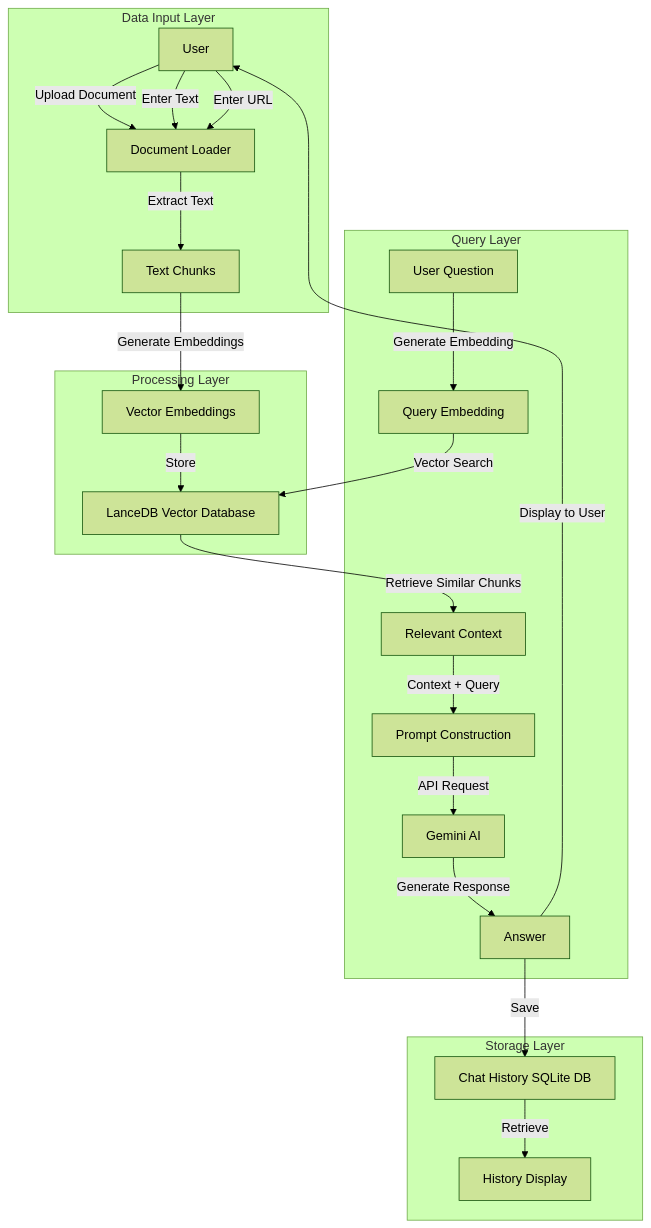
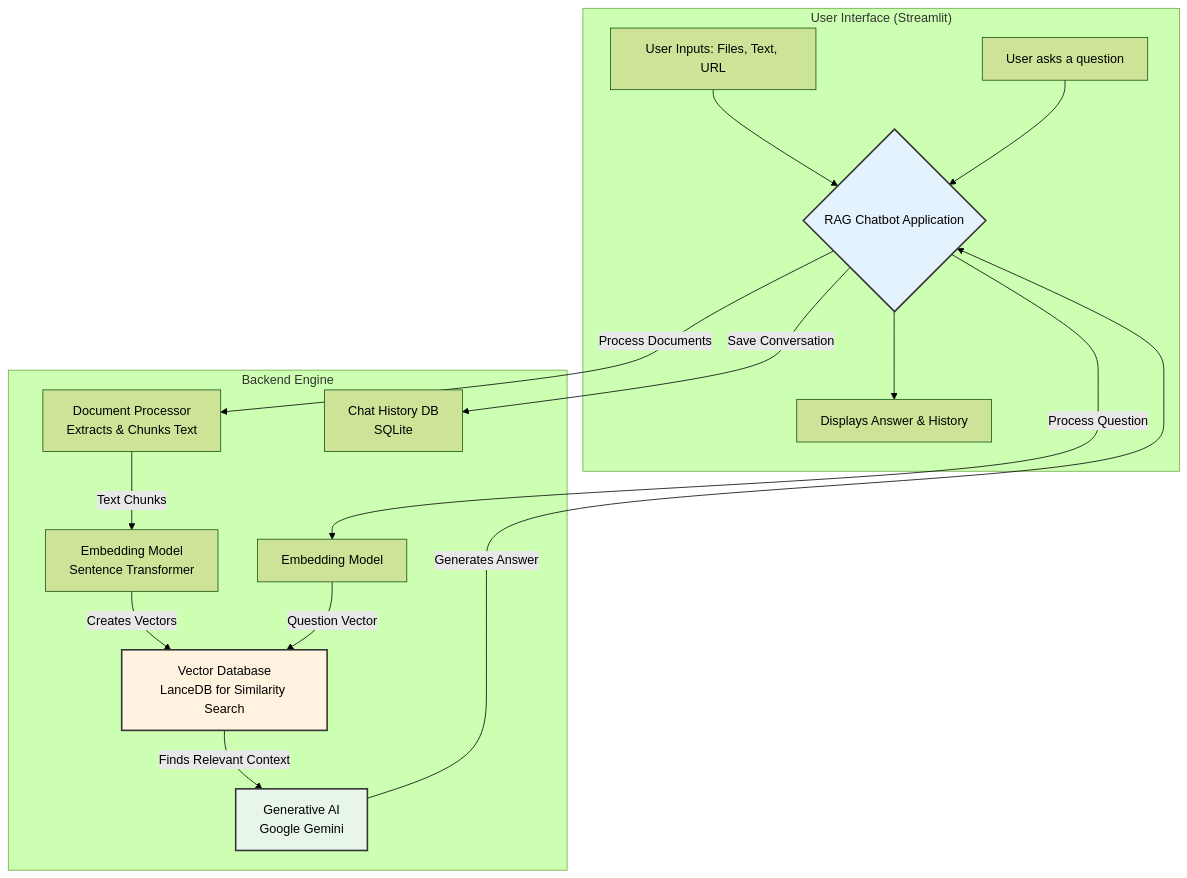
One commit to balupeddireddy08/RAG_ChatBot changed the first of 2 diagrams in README.md. Above: the diagram before and after it, drawn with Mermaid (forest theme). The commit also changed other lines of this file, not shown here.

````diff
--- a/README.md
+++ b/README.md
@@ -100,30 +102,25 @@
 ```mermaid
 flowchart TD
-    subgraph "Data Input Layer"
-        A[User] -->|Upload Document| B[Document Loader]
-        A -->|Enter Text| B
-        A -->|Enter URL| B
-        B -->|Extract Text| C[Text Chunks]
+    subgraph "User Interface (Streamlit)"
+        A[User Inputs: Files, Text, URL] --> B{RAG Chatbot Application};
+        C[User asks a question] --> B;
+        B --> D[Displays Answer & History];
     end
-    
-    subgraph "Processing Layer"
-        C -->|Generate Embeddings| D[Vector Embeddings]
-        D -->|Store| E[LanceDB Vector Database]
+
+    subgraph "Backend Engine"
+        B -- "Process Documents" --> E[Document Processor<br>Extracts & Chunks Text];
+        E -- "Text Chunks" --> F[Embedding Model<br>Sentence Transformer];
+        F -- "Creates Vectors" --> G[Vector Database<br>LanceDB for Similarity Search];
+        
+        B -- "Process Question" --> H[Embedding Model];
+        H -- "Question Vector" --> G;
+        G -- "Finds Relevant Context" --> I[Generative AI<br>Google Gemini];
+        I -- "Generates Answer" --> B;
+        
+        B -- "Save Conversation" --> J[Chat History DB<br>SQLite];
     end
-    
-    subgraph "Query Layer"
-        F[User Question] -->|Generate Embedding| G[Query Embedding]
-        G -->|Vector Search| E
-        E -->|Retrieve Similar Chunks| H[Relevant Context]
-        H -->|Context + Query| I[Prompt Construction]
-        I -->|API Request| J[Gemini AI]
-        J -->|Generate Response| K[Answer]
-    end
-    
-    subgraph "Storage Layer"
-        K -->|Save| L[Chat History SQLite DB]
-        L -->|Retrieve| M[History Display]
-    end
-    
-    K -->|Display to User| A
+
+    style B fill:#e3f2fd,stroke:#333,stroke-width:2px
+    style G fill:#fff3e0,stroke:#333,stroke-width:2px
+    style I fill:#e8f5e9,stroke:#333,stroke-width:2px
 ```
````
